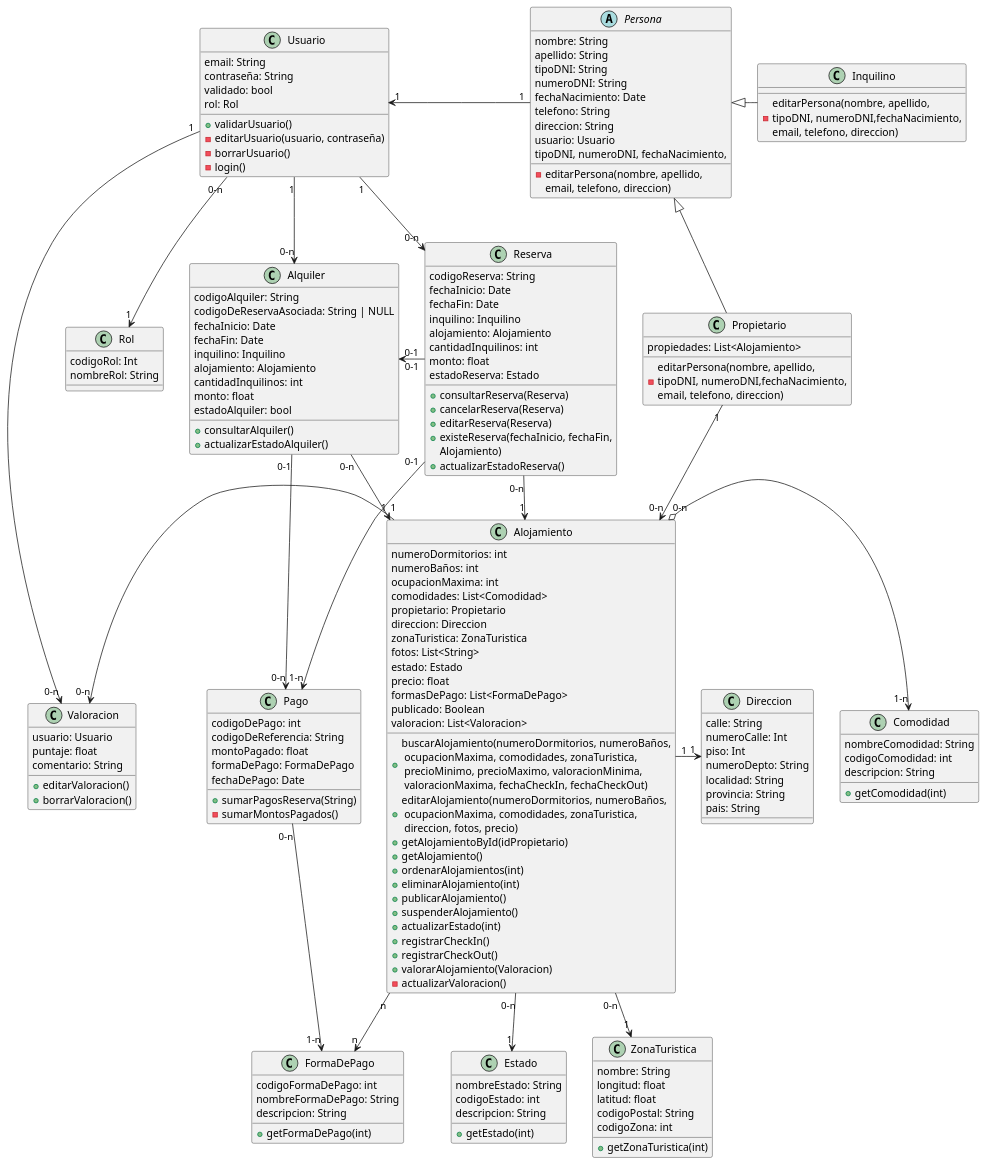
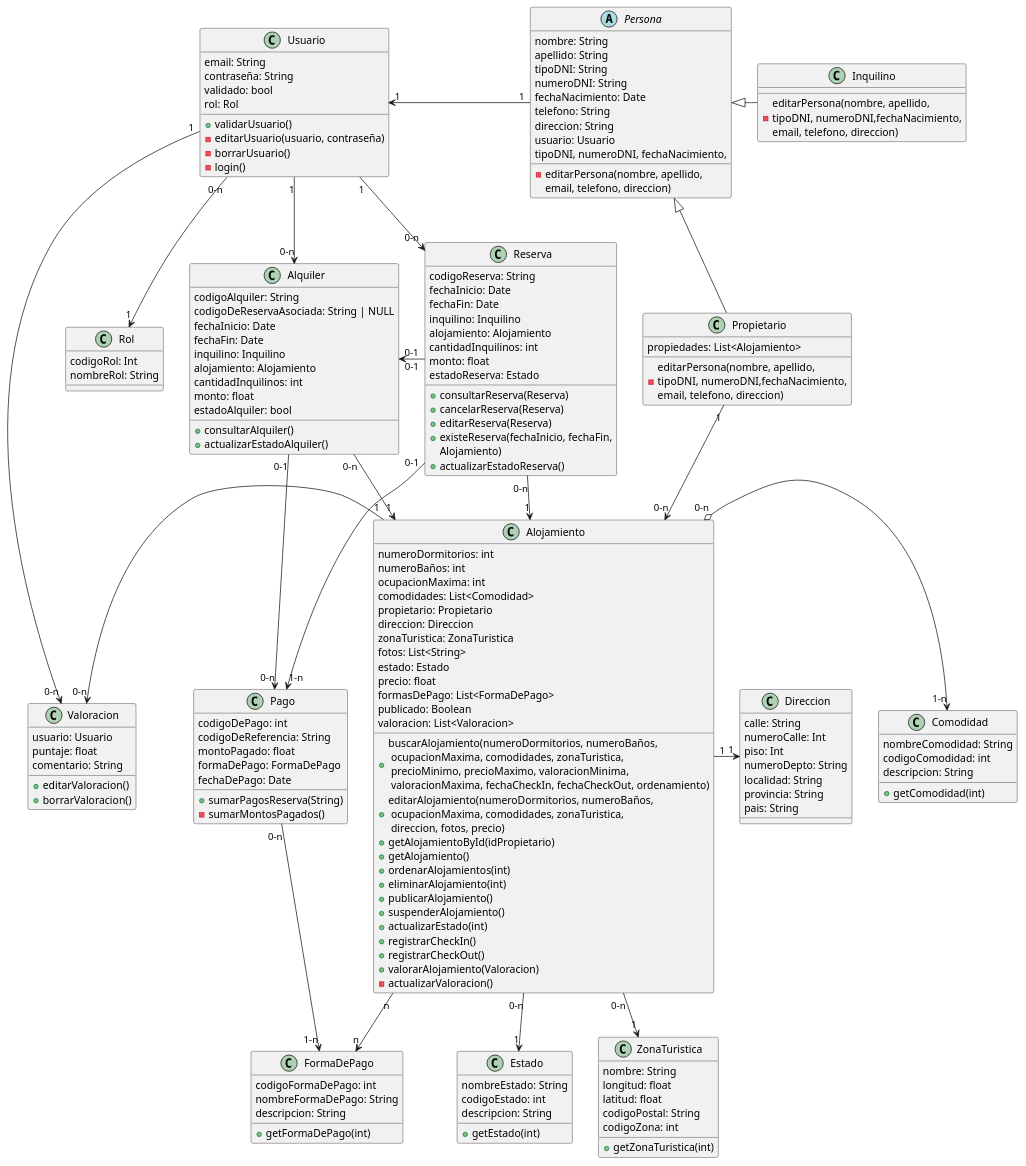
The diagram in Diagrama_Clases/Diagrama_de_clases_EasyHome.puml (franciscolmos/IS1-EasyHome), drawn with PlantUML before and after one commit. The commit also changed 13 other files, not shown here.

```diff
--- a/Diagrama_Clases/Diagrama_de_clases_EasyHome.puml
+++ b/Diagrama_Clases/Diagrama_de_clases_EasyHome.puml
@@ -1,187 +1,187 @@
 @startuml EasyHome
 
 abstract Persona {
     nombre: String
     apellido: String
     tipoDNI: String
     numeroDNI: String
     fechaNacimiento: Date
     telefono: String
     direccion: String
     usuario: Usuario
     -editarPersona(nombre, apellido, 
     tipoDNI, numeroDNI, fechaNacimiento, 
     email, telefono, direccion)
 }
 
 class Usuario {
     email: String
     contraseña: String
     validado: bool
     rol: Rol 
     +validarUsuario()
     -editarUsuario(usuario, contraseña)
     -borrarUsuario()
     -login()
 }
 
 class Rol {
     codigoRol: Int
     nombreRol: String
 }
 
 class Inquilino {
     -editarPersona(nombre, apellido,\ntipoDNI, numeroDNI,fechaNacimiento,\nemail, telefono, direccion)
 }
 
 class Propietario {
     propiedades: List<Alojamiento>
     -editarPersona(nombre, apellido,\ntipoDNI, numeroDNI,fechaNacimiento,\nemail, telefono, direccion)
 }
 
 class Alojamiento {
     numeroDormitorios: int
     numeroBaños: int
     ocupacionMaxima: int
     comodidades: List<Comodidad>
     propietario: Propietario
     direccion: Direccion
     zonaTuristica: ZonaTuristica
     fotos: List<String>
     estado: Estado
     precio: float
     formasDePago: List<FormaDePago>
     publicado: Boolean
     valoracion: List<Valoracion>
-    +buscarAlojamiento(numeroDormitorios, numeroBaños,\n ocupacionMaxima, comodidades, zonaTuristica,\n precioMinimo, precioMaximo, valoracionMinima,\n valoracionMaxima, fechaCheckIn, fechaCheckOut)
+    +buscarAlojamiento(numeroDormitorios, numeroBaños,\n ocupacionMaxima, comodidades, zonaTuristica,\n precioMinimo, precioMaximo, valoracionMinima,\n valoracionMaxima, fechaCheckIn, fechaCheckOut, ordenamiento)
     +editarAlojamiento(numeroDormitorios, numeroBaños,\n ocupacionMaxima, comodidades, zonaTuristica,\n direccion, fotos, precio)
     +getAlojamientoById(idPropietario)
     +getAlojamiento()
     +ordenarAlojamientos(int)
     +eliminarAlojamiento(int)
     +publicarAlojamiento()
     +suspenderAlojamiento()
     +actualizarEstado(int)
     +registrarCheckIn()
     +registrarCheckOut()
     +valorarAlojamiento(Valoracion)
     -actualizarValoracion()
 }
 
 class Direccion {
     calle: String
     numeroCalle: Int
     piso: Int
     numeroDepto: String
     localidad: String
     provincia: String
     pais: String
 }
 
 class ZonaTuristica {
     nombre: String
     longitud: float
     latitud: float
     codigoPostal: String
     codigoZona: int
     +getZonaTuristica(int)
 }
 
 class Estado {
     nombreEstado: String
     codigoEstado: int
     descripcion: String
     +getEstado(int)
 }
 
 class Comodidad {
     nombreComodidad: String
     codigoComodidad: int
     descripcion: String
     +getComodidad(int)
 }
 
 class Reserva {
     codigoReserva: String
     fechaInicio: Date
     fechaFin: Date
     inquilino: Inquilino
     alojamiento: Alojamiento
     cantidadInquilinos: int
     monto: float
     estadoReserva: Estado
     +consultarReserva(Reserva)
     +cancelarReserva(Reserva)
     +editarReserva(Reserva)
     +existeReserva(fechaInicio, fechaFin, 
     Alojamiento)
     +actualizarEstadoReserva()
 }
 
 class Alquiler {
     codigoAlquiler: String
     codigoDeReservaAsociada: String | NULL
     fechaInicio: Date
     fechaFin: Date
     inquilino: Inquilino
     alojamiento: Alojamiento
     cantidadInquilinos: int
     monto: float
     estadoAlquiler: bool
     +consultarAlquiler()
     +actualizarEstadoAlquiler()
 }
 
 class Pago {
     codigoDePago: int
     codigoDeReferencia: String
     montoPagado: float
     formaDePago: FormaDePago
     fechaDePago: Date
     +sumarPagosReserva(String)
     -sumarMontosPagados()
 }
 
 class FormaDePago {
     codigoFormaDePago: int
     nombreFormaDePago: String
     descripcion: String
     +getFormaDePago(int)
 }
 
 class Valoracion {
     usuario: Usuario
     puntaje: float
     comentario: String
     +editarValoracion()
     +borrarValoracion()
 }
 
 Persona <|-right- Inquilino
 Persona <|-down- Propietario
 
 Persona "1" -left-> "1" Usuario
 
 Alojamiento "0-n" <-left- "1" Propietario
 Alojamiento "0-n" o-> "1-n" Comodidad
 Alojamiento "0-n" --> "1" ZonaTuristica
 Alojamiento "0-n" --> "1" Estado
 Alojamiento "n" -->  "n" FormaDePago
 Alojamiento "1" -left->  "0-n" Valoracion
 Alojamiento "1" <-up- "0-n" Reserva
 Alojamiento "1" <-up- "0-n" Alquiler
 Alojamiento "1" -right-> "1" Direccion 
 
 Usuario "1" --> "0-n" Reserva
 Usuario "1" --> "0-n" Alquiler
 Usuario "1" --> "0-n" Valoracion
 Usuario "0-n" --> "1" Rol
 
 Reserva "0-1" -left-> "0-1" Alquiler
 Reserva "0-1" --> "1-n" Pago
 
 Pago "0-n" --> "1-n" FormaDePago
 
 Alquiler "0-1" --> "0-n" Pago
 
 @enduml
```
